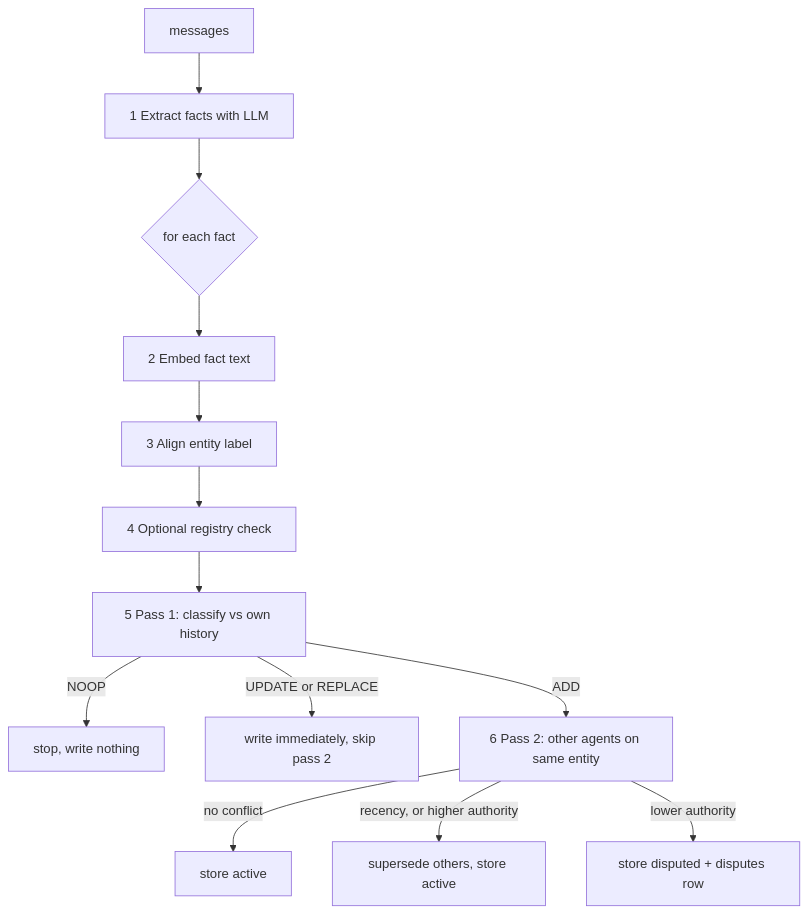
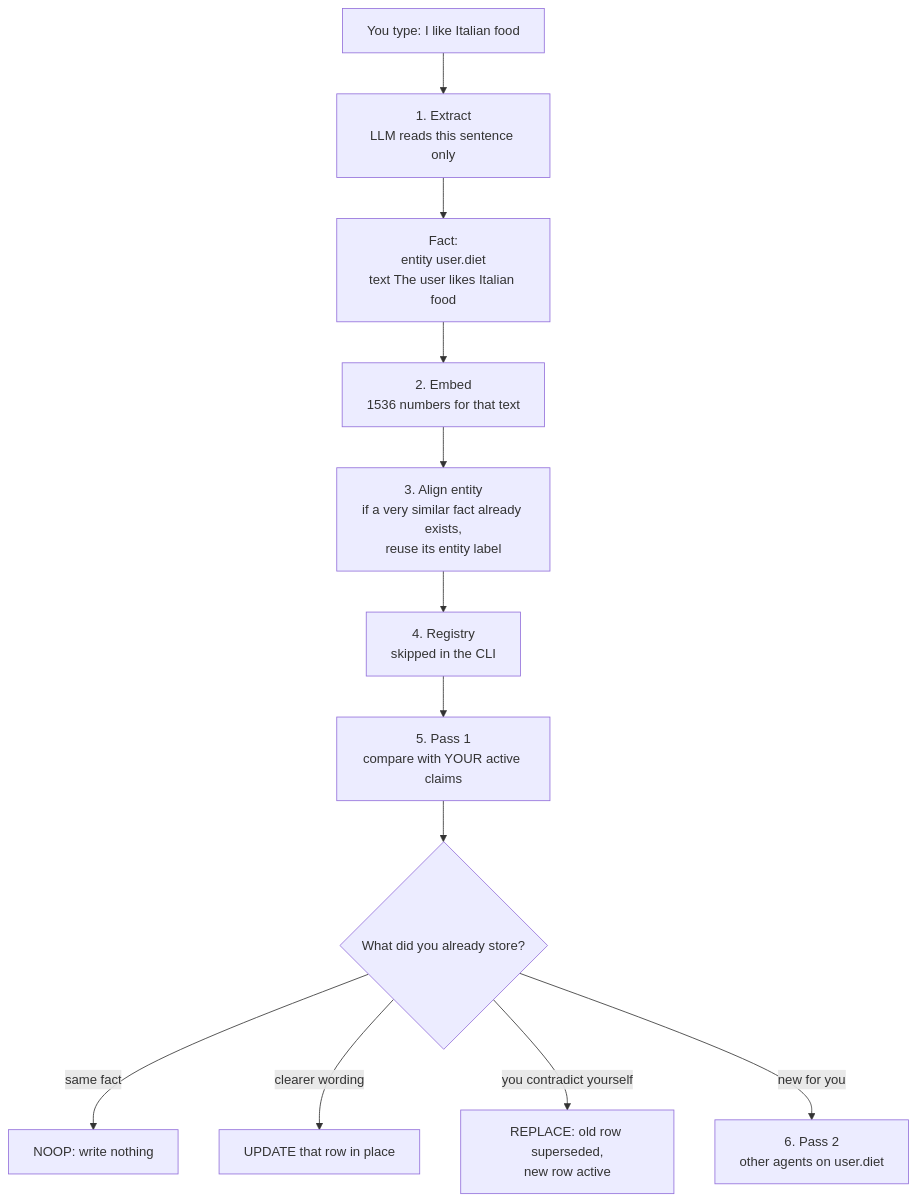
One commit to theMillenniumFalcon/vault changed the fourth of 6 diagrams in docs/how-it-works.md. Above: the diagram before and after it, drawn with Mermaid. The commit also changed other lines of this file, not shown here.

First line of the commit message:
docs: Clarify Vault's fact handling and conflict resolution process

````diff
--- a/docs/how-it-works.md
+++ b/docs/how-it-works.md
@@ -127,15 +129,14 @@
 ```mermaid
 flowchart TD
-  M[messages] --> E[1 Extract facts with LLM]
-  E --> F{for each fact}
-  F --> EM[2 Embed fact text]
-  EM --> R[3 Align entity label]
-  R --> REG[4 Optional registry check]
-  REG --> P1[5 Pass 1: classify vs own history]
-  P1 -->|NOOP| STOP[stop, write nothing]
-  P1 -->|UPDATE or REPLACE| APPLY[write immediately, skip pass 2]
-  P1 -->|ADD| P2[6 Pass 2: other agents on same entity]
-  P2 -->|no conflict| ADD[store active]
-  P2 -->|recency, or higher authority| REP[supersede others, store active]
-  P2 -->|lower authority| DIS[store disputed + disputes row]
+  A["You type: I like Italian food"] --> B["1. Extract<br/>LLM reads this sentence only"]
+  B --> C["Fact:<br/>entity user.diet<br/>text The user likes Italian food"]
+  C --> D["2. Embed<br/>1536 numbers for that text"]
+  D --> E["3. Align entity<br/>if a very similar fact already exists,<br/>reuse its entity label"]
+  E --> F["4. Registry<br/>skipped in the CLI"]
+  F --> G["5. Pass 1<br/>compare with YOUR active claims"]
+  G --> H{"What did you already store?"}
+  H -->|same fact| N1["NOOP: write nothing"]
+  H -->|clearer wording| U["UPDATE that row in place"]
+  H -->|you contradict yourself| R["REPLACE: old row superseded,<br/>new row active"]
+  H -->|new for you| P2["6. Pass 2<br/>other agents on user.diet"]
 ```
````
